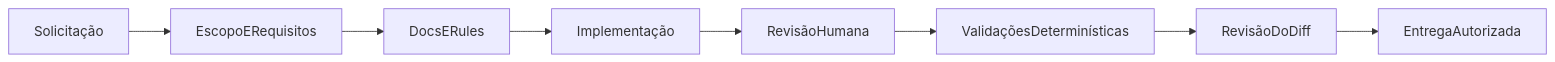
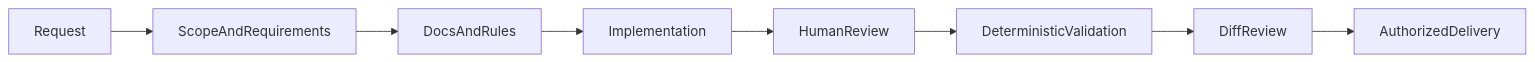
Before and after one commit to dynamox-s-a/developer-challenges: the diagram in docs/ai-assisted-development.md, drawn with Mermaid. The commit also changed other lines of this file and 9 other files, not shown here.

````diff
--- a/docs/ai-assisted-development.md
+++ b/docs/ai-assisted-development.md
@@ -159,10 +160,10 @@
 ```mermaid
 flowchart LR
-    Request[Solicitação] --> Scope[EscopoERequisitos]
-    Scope --> Context[DocsERules]
-    Context --> Change[Implementação]
-    Change --> Review[RevisãoHumana]
-    Review --> Checks[ValidaçõesDeterminísticas]
-    Checks --> Diff[RevisãoDoDiff]
-    Diff --> Delivery[EntregaAutorizada]
+    Request[Request] --> Scope[ScopeAndRequirements]
+    Scope --> Context[DocsAndRules]
+    Context --> Change[Implementation]
+    Change --> Review[HumanReview]
+    Review --> Checks[DeterministicValidation]
+    Checks --> Diff[DiffReview]
+    Diff --> Delivery[AuthorizedDelivery]
 ```
````
